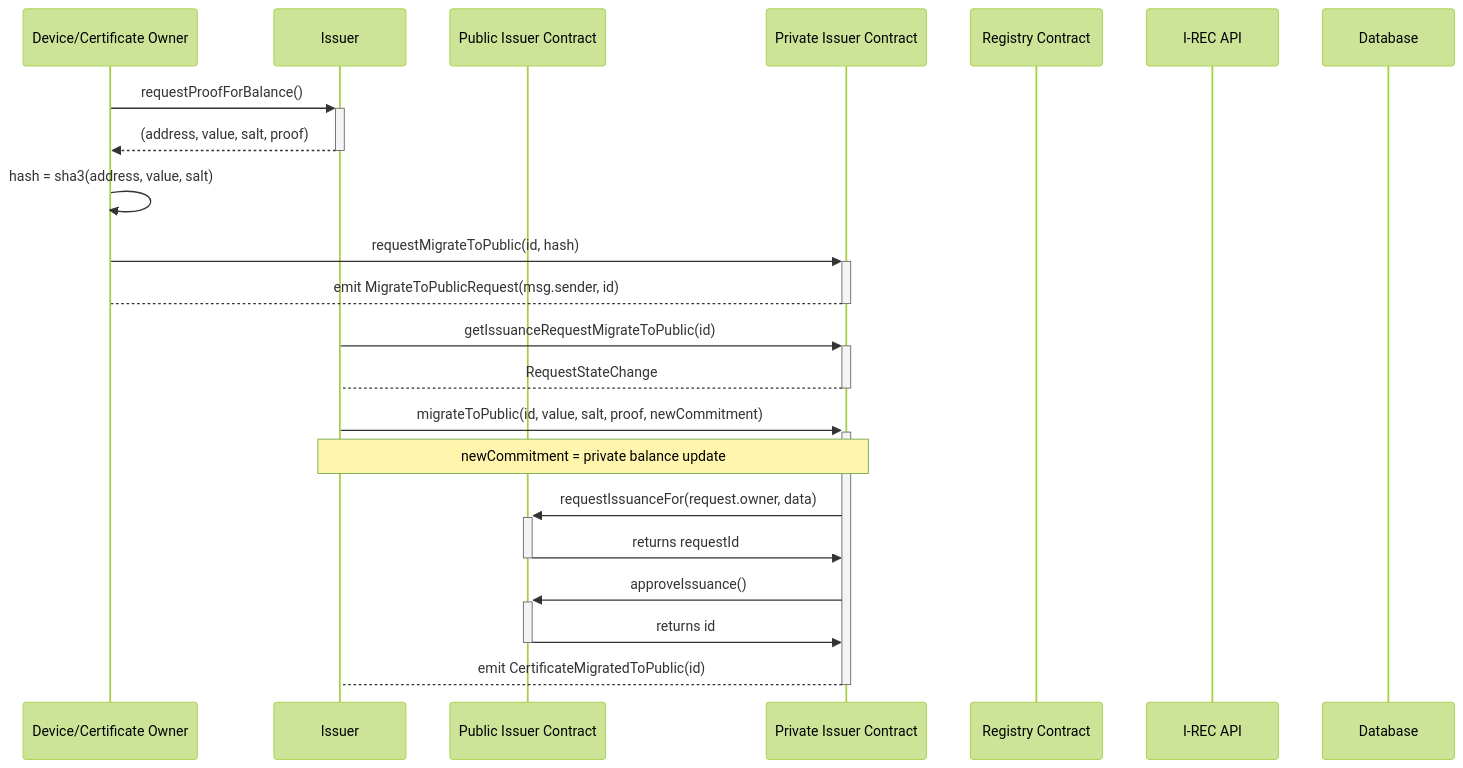
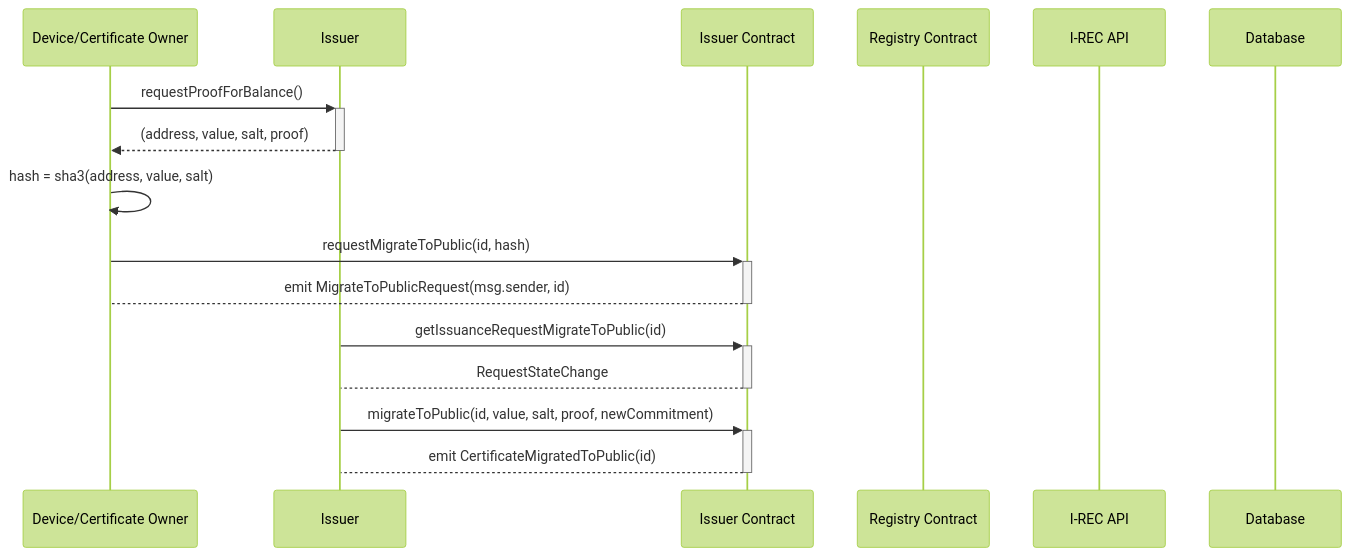
One commit to energywebfoundation/origin changed the fourth of 7 diagrams in packages/issuer/README mermaid.md. Above: the diagram before and after it, drawn with Mermaid (forest theme). The commit also changed 17 other files, not shown here.

Commit message:
chore(issuer): update README graphs

````diff
--- a/packages/issuer/README mermaid.md
+++ b/packages/issuer/README mermaid.md
@@ -74,28 +74,22 @@
 ```mermaid
 sequenceDiagram
   participant U as Device/Certificate Owner
   participant IS as Issuer
-  participant PUB as Public Issuer Contract
-  participant I as Private Issuer Contract
+  participant I as Issuer Contract
   participant R as Registry Contract
   participant A as I-REC API
   participant DB as Database
 
   U->>+IS: requestProofForBalance()
   IS-->>-U: (address, value, salt, proof)
   U->>U: hash = sha3(address, value, salt)
 
   U->>+I: requestMigrateToPublic(id, hash)
   I-->-U: emit MigrateToPublicRequest(msg.sender, id)
 
   IS->>+I: getIssuanceRequestMigrateToPublic(id)
   I-->-IS: RequestStateChange
 
   IS->>+I: migrateToPublic(id, value, salt, proof, newCommitment)
-  Note over IS,I: newCommitment = private balance update
-  I->>+PUB: requestIssuanceFor(request.owner, data)
-  PUB->>-I: returns requestId
-  I->>+PUB: approveIssuance()
-  PUB->>-I: returns id
   I-->-IS: emit CertificateMigratedToPublic(id)
 ```
````
